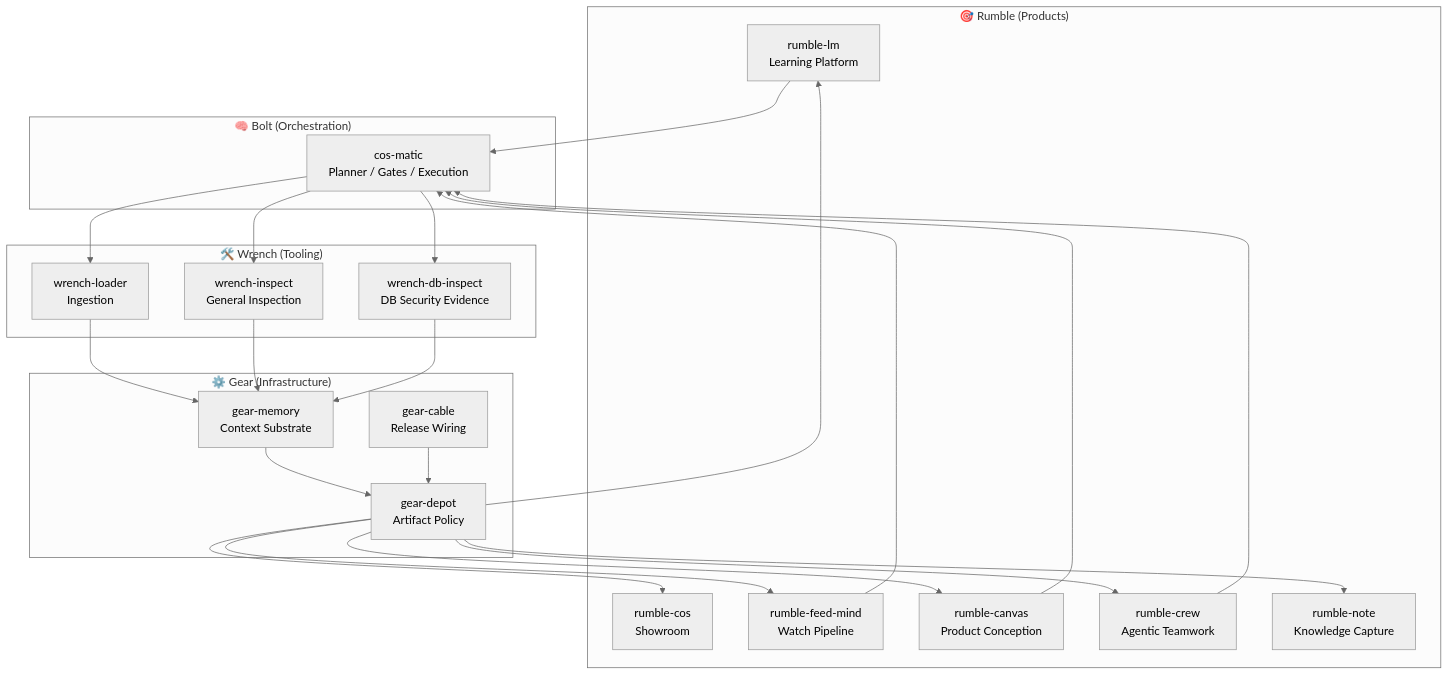
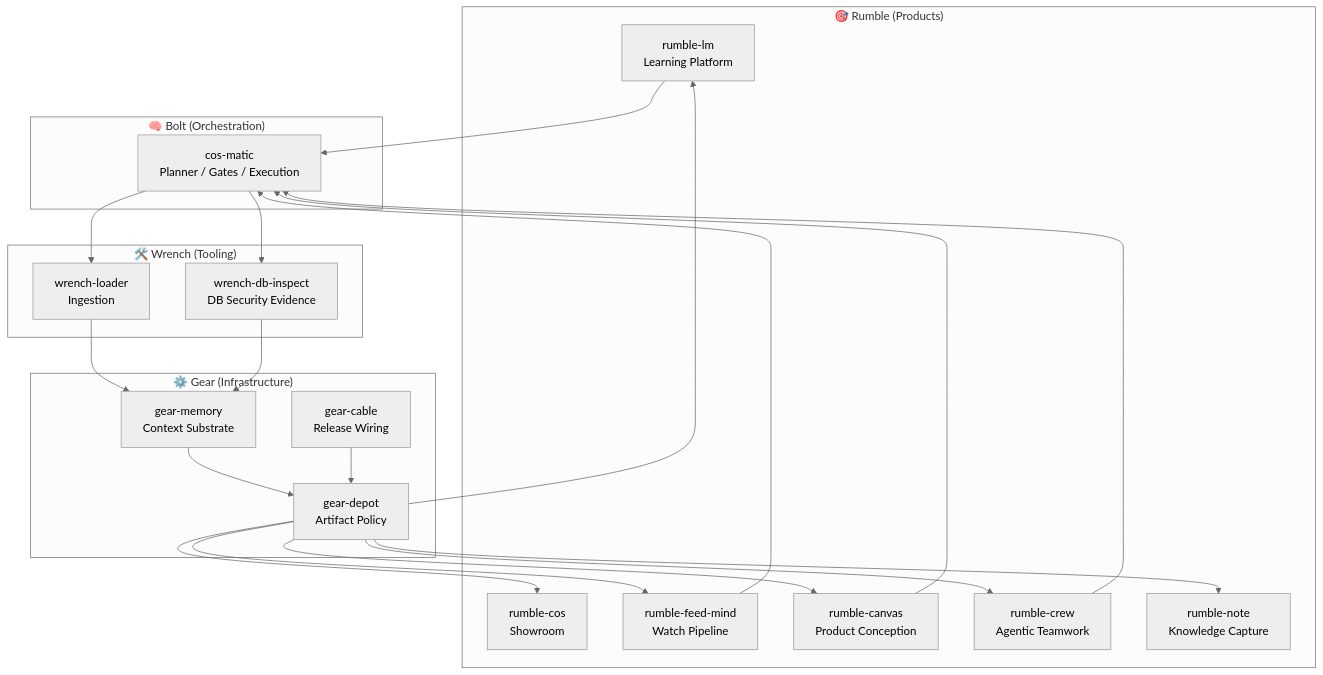
One commit to constantin-jais/constantin-jais changed the diagram in README.md. Above: the diagram before and after it, drawn with Mermaid (neutral theme). The commit also changed other lines of this file, not shown here.

````diff
--- a/README.md
+++ b/README.md
@@ -88,46 +156,43 @@
 ```mermaid
 graph TD
     subgraph Rumble_Layer ["🎯 Rumble (Products)"]
         RL["rumble-lm<br/>Learning Platform"]
         RC["rumble-cos<br/>Showroom"]
         RFM["rumble-feed-mind<br/>Watch Pipeline"]
         RCanvas["rumble-canvas<br/>Product Conception"]
         RCrew["rumble-crew<br/>Agentic Teamwork"]
         RNote["rumble-note<br/>Knowledge Capture"]
     end
 
     subgraph Bolt_Layer ["🧠 Bolt (Orchestration)"]
         CM["cos-matic<br/>Planner / Gates / Execution"]
     end
 
     subgraph Wrench_Layer ["🛠️ Wrench (Tooling)"]
         WL["wrench-loader<br/>Ingestion"]
-        WI["wrench-inspect<br/>General Inspection"]
         VI["wrench-db-inspect<br/>DB Security Evidence"]
     end
 
     subgraph Gear_Layer ["⚙️ Gear (Infrastructure)"]
         GM["gear-memory<br/>Context Substrate"]
         GD["gear-depot<br/>Artifact Policy"]
         GC["gear-cable<br/>Release Wiring"]
     end
 
     RCanvas --> CM
     RCrew --> CM
     RL --> CM
     RFM --> CM
     CM --> WL
-    CM --> WI
     CM --> VI
     WL --> GM
-    WI --> GM
     VI --> GM
     GM --> GD
     GC --> GD
     GD --> RL
     GD --> RC
     GD --> RFM
     GD --> RCanvas
     GD --> RCrew
     GD --> RNote
 ```
````
